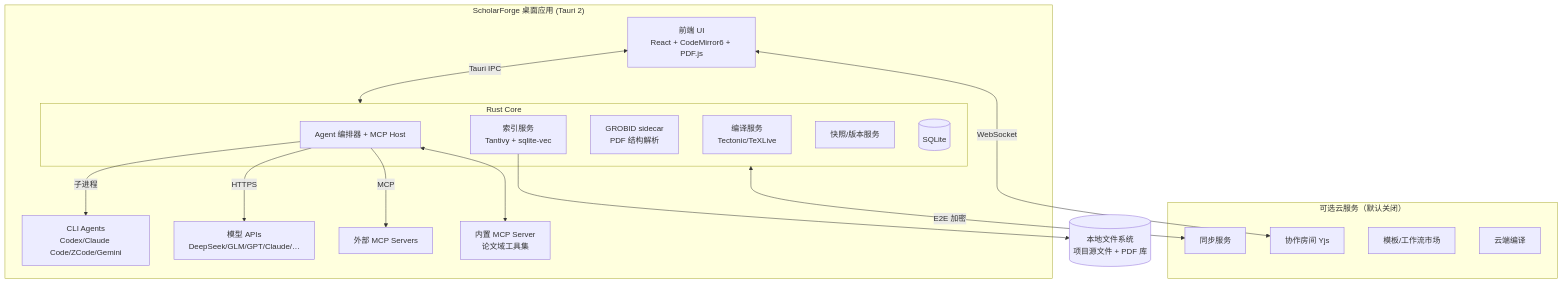
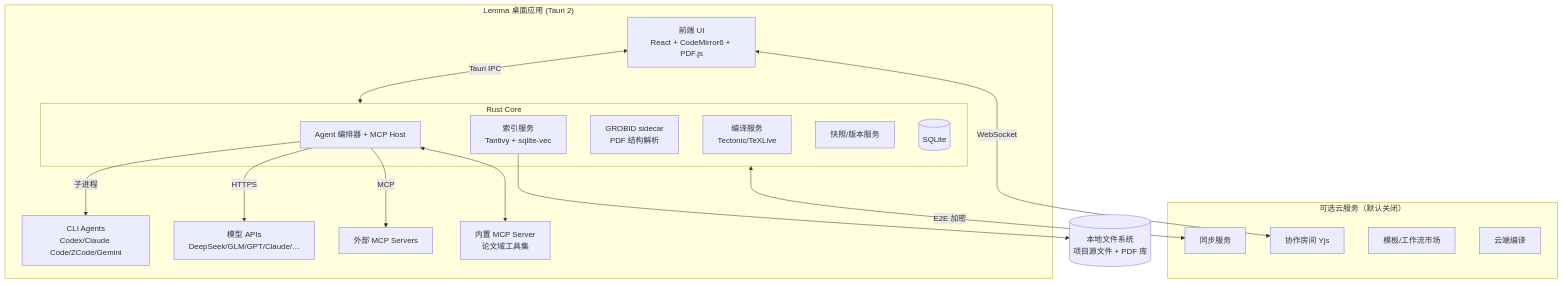
Before and after one commit to Xinzhe99/lemma: the second of 2 diagrams in DESIGN.md, drawn with Mermaid. The commit also changed other lines of this file and 178 other files, not shown here.

First line of the commit message:
rename!: ScholarForge → Lemma (λ)

````diff
--- a/DESIGN.md
+++ b/DESIGN.md
@@ -464,28 +464,28 @@
 ```mermaid
 graph TB
-    subgraph Desktop["ScholarForge 桌面应用 (Tauri 2)"]
+    subgraph Desktop["Lemma 桌面应用 (Tauri 2)"]
         UI[前端 UI<br/>React + CodeMirror6 + PDF.js]
         subgraph RustCore["Rust Core"]
             ORCH[Agent 编排器 + MCP Host]
             IDX[索引服务<br/>Tantivy + sqlite-vec]
             GROBID[GROBID sidecar<br/>PDF 结构解析]
             TEX[编译服务<br/>Tectonic/TeXLive]
             GIT[快照/版本服务]
             DB[(SQLite)]
         end
         UI <-->|Tauri IPC| RustCore
         ORCH -->|子进程| CLI[CLI Agents<br/>Codex/Claude Code/ZCode/Gemini]
         ORCH -->|HTTPS| API[模型 APIs<br/>DeepSeek/GLM/GPT/Claude/…]
         ORCH -->|MCP| EXT[外部 MCP Servers]
         ORCH <--> SFMCP[内置 MCP Server<br/>论文域工具集]
     end
     subgraph CloudOpt["可选云服务（默认关闭）"]
         SYNC[同步服务]
         COLLAB[协作房间 Yjs]
         MARKET[模板/工作流市场]
         CTEX[云端编译]
     end
     RustCore <-->|E2E 加密| SYNC
     UI <-->|WebSocket| COLLAB
     IDX --> FS[(本地文件系统<br/>项目源文件 + PDF 库)]
 ```
````
